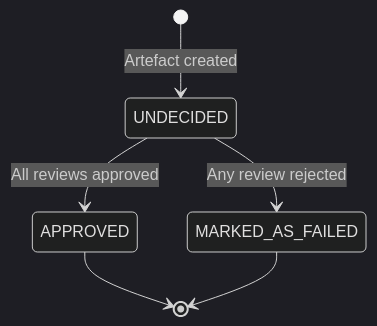
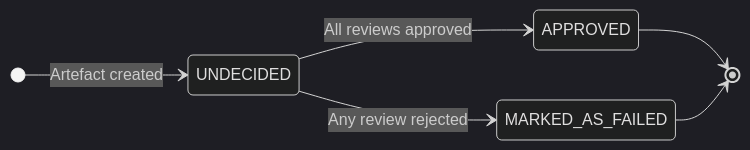
One commit to canonical/test_observer changed the second of 2 diagrams in docs/explanation/test-execution-lifecycle.rst. Above: the diagram before and after it, drawn with Mermaid (dark theme). The commit also changed other lines of this file, not shown here.

Commit message:
make diagram horizontal

```diff
--- a/docs/explanation/test-execution-lifecycle.rst
+++ b/docs/explanation/test-execution-lifecycle.rst
@@ -37,10 +38,11 @@
 .. mermaid::
    :config: {"state": {"curve": "linear"}}
 
    stateDiagram-v2
+      direction LR
       [*] --> UNDECIDED: Artefact created
       UNDECIDED --> APPROVED: All reviews approved
       UNDECIDED --> MARKED_AS_FAILED: Any review rejected
 
       APPROVED --> [*]
       MARKED_AS_FAILED --> [*]
```
